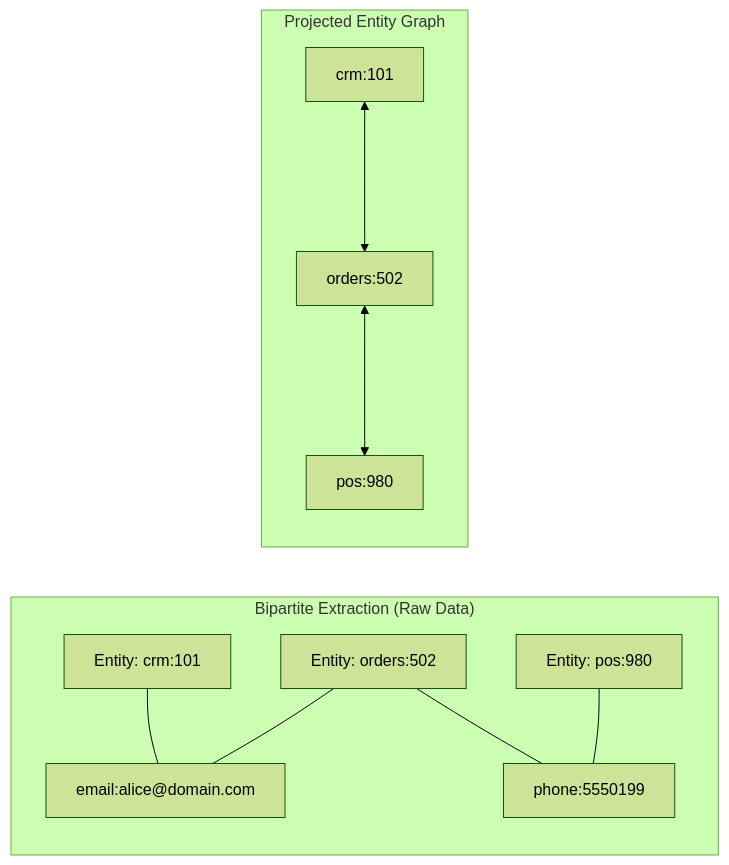
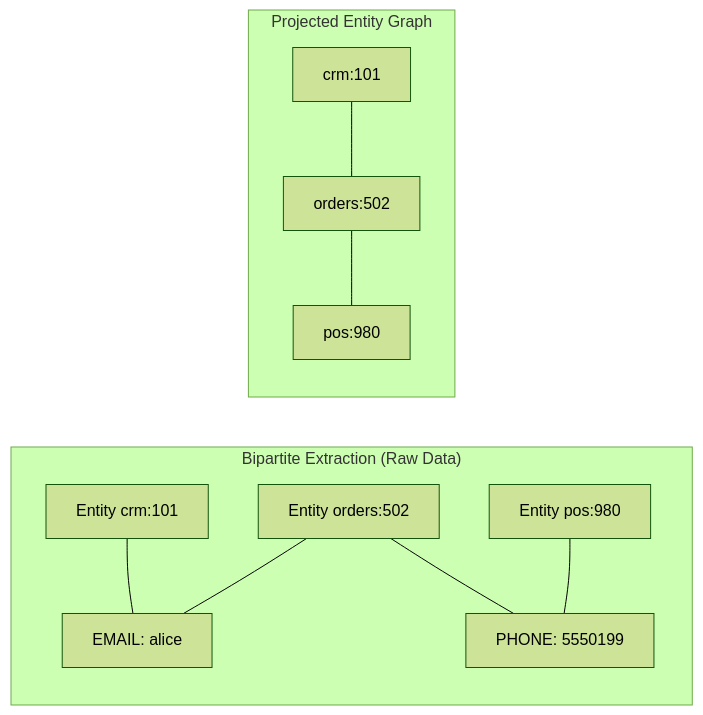
One commit to anilkulkarni87/sql-identity-oss changed the first of 5 diagrams in docs/algorithm-and-graph-engine.md. Above: the diagram before and after it, drawn with Mermaid (forest theme). The commit also changed other lines of this file and 8 other files, not shown here.

Commit message:
docs: add GA4 tag, fix math formulas rendering, and correct mermaid diagram syntax

````diff
--- a/docs/algorithm-and-graph-engine.md
+++ b/docs/algorithm-and-graph-engine.md
@@ -37,14 +41,14 @@
 ```mermaid
 flowchart LR
     subgraph Bipartite["Bipartite Extraction (Raw Data)"]
-        E1["Entity: crm:101"] --- ID1["email:alice@domain.com"]
-        E2["Entity: orders:502"] --- ID1
-        E2 --- ID2["phone:5550199"]
-        E3["Entity: pos:980"] --- ID2
+        E1["Entity crm:101"] --- ID1["EMAIL: alice"]
+        E2["Entity orders:502"] --- ID1
+        E2 --- ID2["PHONE: 5550199"]
+        E3["Entity pos:980"] --- ID2
     end
 
     subgraph Homogeneous["Projected Entity Graph"]
-        H1["crm:101"] <---> H2["orders:502"]
-        H2 <---> H3["pos:980"]
+        H1["crm:101"] --- H2["orders:502"]
+        H2 --- H3["pos:980"]
     end
 ```
````
